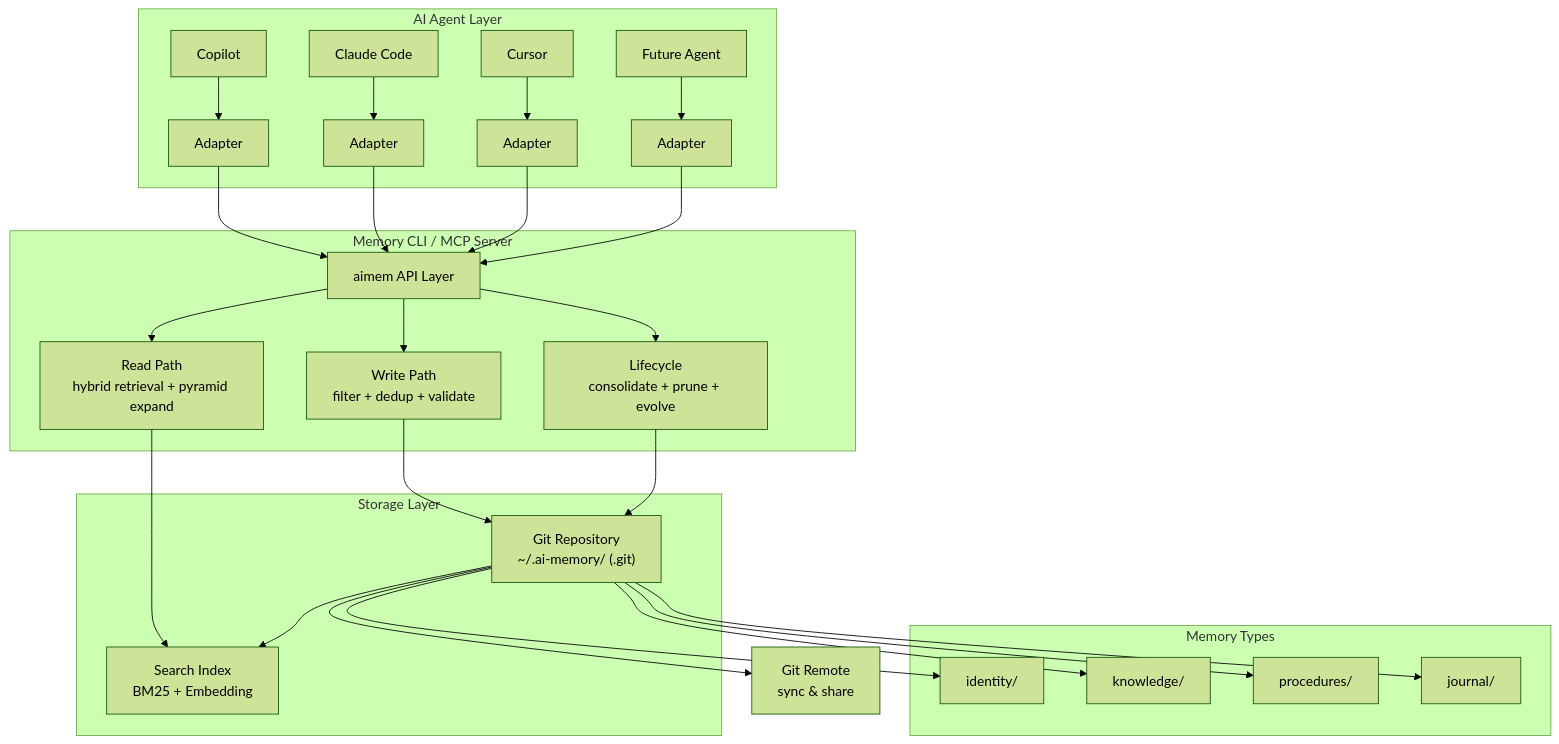
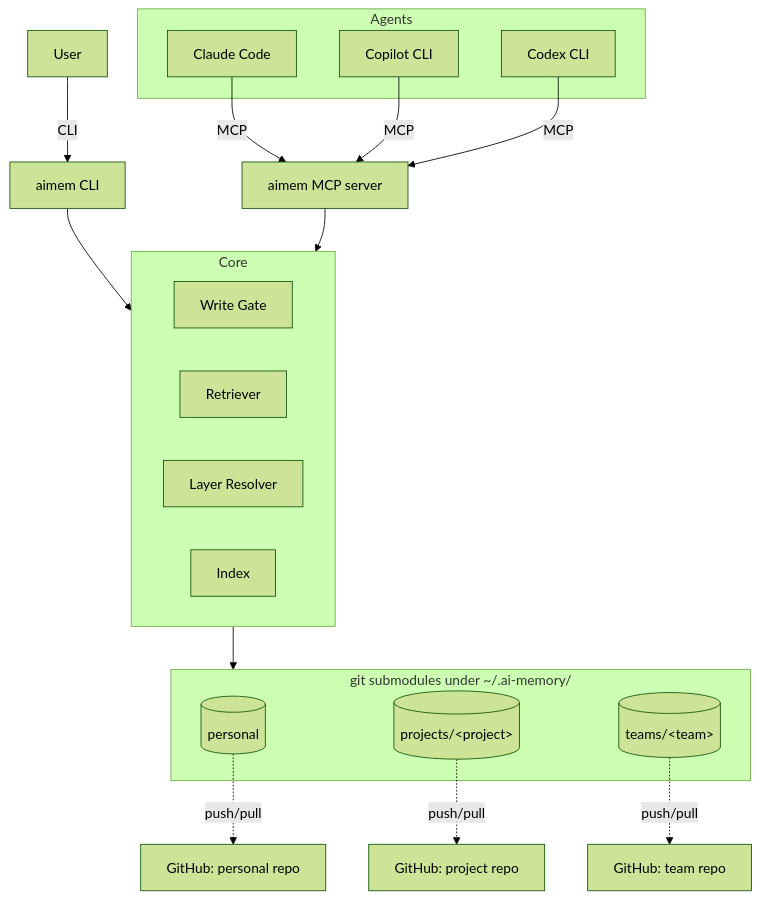
The diagram in docs/design.md (grammy-jiang/aimem), drawn with Mermaid (forest theme) before and after one commit. The commit also changed other lines of this file and 25 other files, not shown here.

````diff
--- a/docs/design.md
+++ b/docs/design.md
@@ -67,40 +46,35 @@
 ```mermaid
-graph TB
-    subgraph "AI Agent Layer"
-        A1[Copilot] --> AD1[Adapter]
-        A2[Claude Code] --> AD2[Adapter]
-        A3[Cursor] --> AD3[Adapter]
-        A4[Future Agent] --> AD4[Adapter]
+flowchart TD
+    subgraph Agents
+      A1[Claude Code]
+      A2[Copilot CLI]
+      A3[Codex CLI]
     end
 
-    AD1 --> API
-    AD2 --> API
-    AD3 --> API
-    AD4 --> API
+    A1 -- MCP --> S[aimem MCP server]
+    A2 -- MCP --> S
+    A3 -- MCP --> S
 
-    subgraph "Memory CLI / MCP Server"
-        API[aimem API Layer]
-        API --> WP[Write Path<br/>filter + dedup + validate]
-        API --> RP[Read Path<br/>hybrid retrieval + pyramid expand]
-        API --> LP[Lifecycle<br/>consolidate + prune + evolve]
+    U[User] -- CLI --> C[aimem CLI]
+    C --> Core
+    S --> Core
+
+    subgraph Core
+      W[Write Gate]
+      R[Retriever]
+      L[Layer Resolver]
+      X[Index]
     end
 
-    WP --> GIT
-    RP --> IDX
-    LP --> GIT
+    Core --> Store
 
-    subgraph "Storage Layer"
-        GIT["Git Repository<br/>~/.ai-memory/ (.git)"]
-        IDX["Search Index<br/>BM25 + Embedding"]
-        GIT --> IDX
+    subgraph Store [git submodules under ~/.ai-memory/]
+      P[(personal)]
+      PR[(projects/&lt;project&gt;)]
+      T[(teams/&lt;team&gt;)]
     end
 
-    subgraph "Memory Types"
-        GIT --> ID[identity/]
-        GIT --> KN[knowledge/]
-        GIT --> PR[procedures/]
-        GIT --> JR[journal/]
-    end
-
-    GIT --> REM[Git Remote<br/>sync & share]
+    P -. push/pull .-> GH1[GitHub: personal repo]
+    PR -. push/pull .-> GH2[GitHub: project repo]
+    T -. push/pull .-> GH3[GitHub: team repo]
 ```
````
